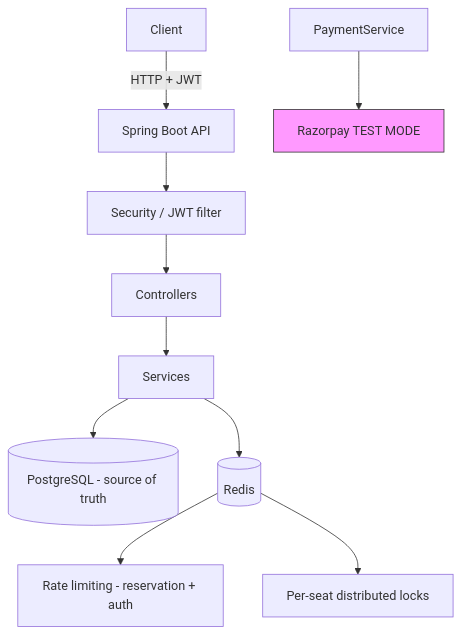
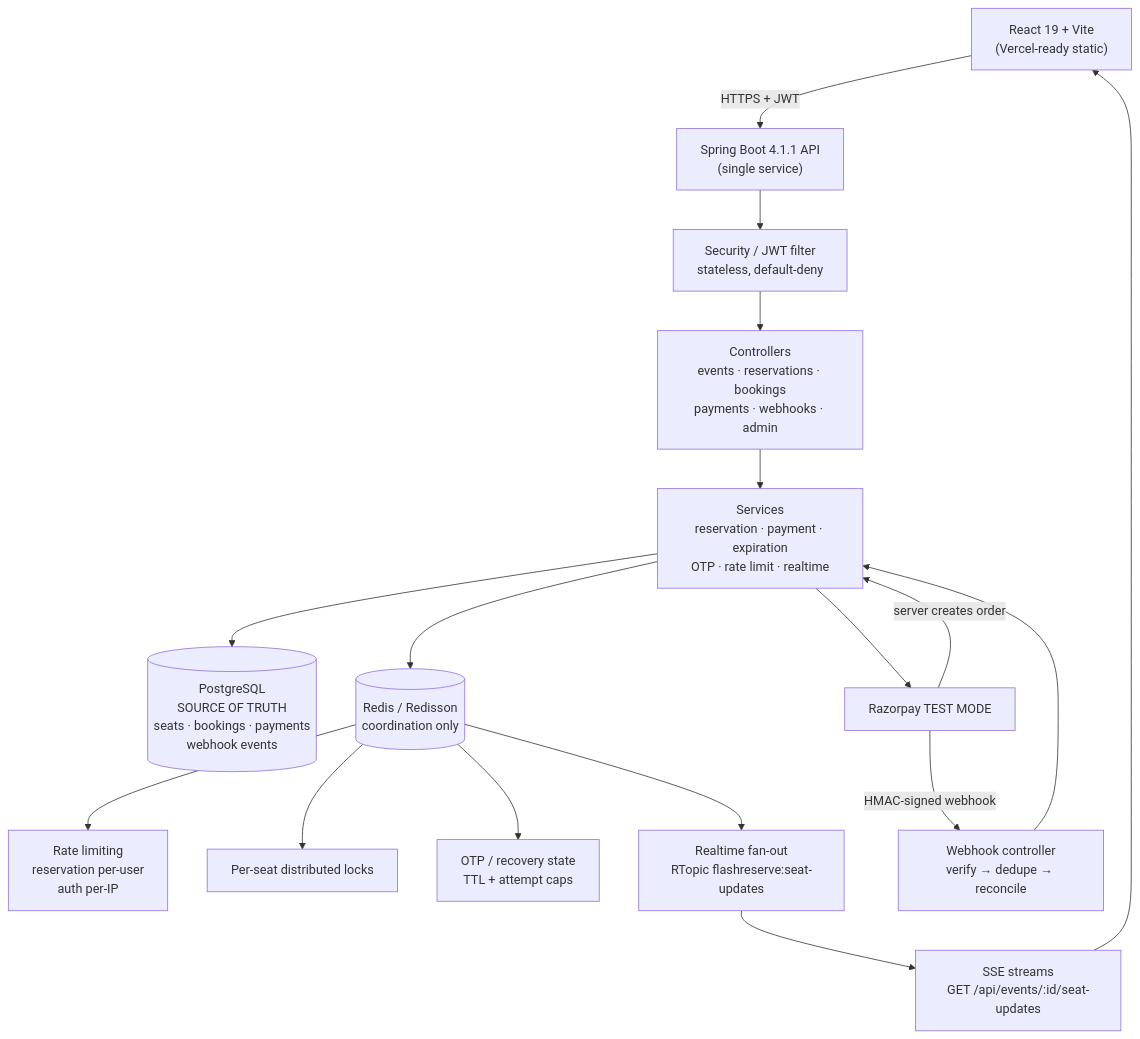
Before and after one commit to soubhagya-behera/Flash-Reserve: the first of 10 diagrams in README.md, drawn with Mermaid. The commit also changed other lines of this file, not shown here.

````diff
--- a/README.md
+++ b/README.md
@@ -42,15 +118,22 @@
 ```mermaid
 flowchart TD
-    Client[Client] -->|HTTP + JWT| API[Spring Boot API]
-    API --> SEC[Security / JWT filter]
-    SEC --> C[Controllers]
-    C --> S[Services]
-    S --> P[(PostgreSQL - source of truth)]
-    S --> R[(Redis)]
-    R --> RL[Rate limiting - reservation + auth]
-    R --> LK[Per-seat distributed locks]
+    Browser["React 19 + Vite<br/>(Vercel-ready static)"] -->|HTTPS + JWT| API["Spring Boot 4.1.1 API<br/>(single service)"]
+    API --> SEC["Security / JWT filter<br/>stateless, default-deny"]
+    SEC --> C["Controllers<br/>events · reservations · bookings<br/>payments · webhooks · admin"]
+    C --> S["Services<br/>reservation · payment · expiration<br/>OTP · rate limit · realtime"]
+    S --> P[("PostgreSQL<br/>SOURCE OF TRUTH<br/>seats · bookings · payments<br/>webhook events")]
 
-    PS[PaymentService] --> RZ[Razorpay TEST MODE]
+    S --> R[("Redis / Redisson<br/>coordination only")]
+    R --> RL["Rate limiting<br/>reservation per-user<br/>auth per-IP"]
+    R --> LK["Per-seat distributed locks"]
+    R --> OTP["OTP / recovery state<br/>TTL + attempt caps"]
+    R --> PUB["Realtime fan-out<br/>RTopic flashreserve:seat-updates"]
 
-    style RZ fill:#f9f,stroke:#333
+    PUB --> SSE["SSE streams<br/>GET /api/events/:id/seat-updates"]
+    SSE --> Browser
+
+    S --> RZ["Razorpay TEST MODE"]
+    RZ -->|server creates order| S
+    RZ -->|HMAC-signed webhook| WH["Webhook controller<br/>verify → dedupe → reconcile"]
+    WH --> S
 ```
````
